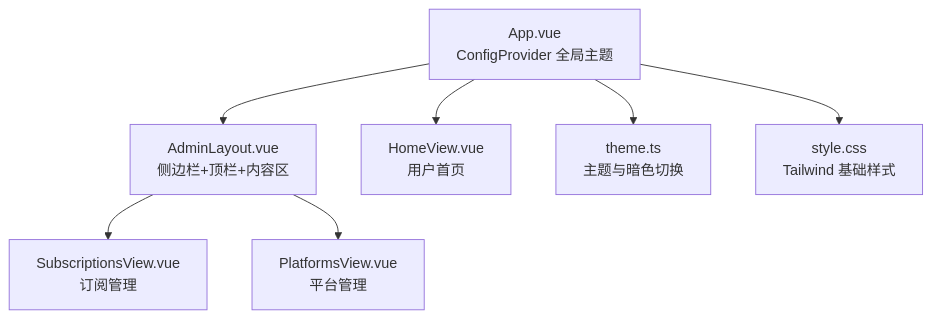
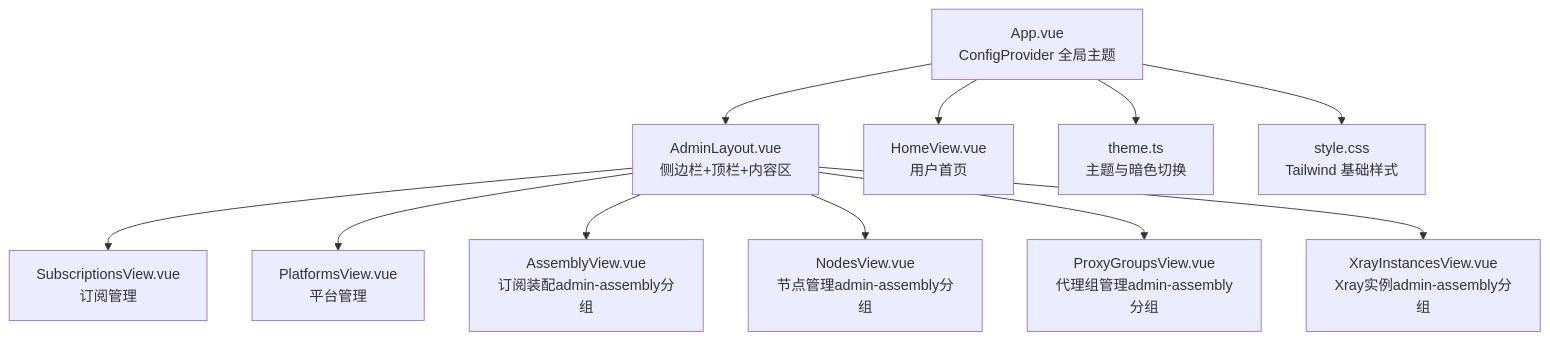
The first of 7 diagrams in .qoder/repowiki/zh/content/前端架构/Design2 UI设计规范.md (AlcaProphet/VPN-Subscription-Management), drawn with Mermaid before and after one commit. The commit also changed other lines of this file and 102 other files, not shown here.

````diff
--- a/.qoder/repowiki/zh/content/前端架构/Design2 UI设计规范.md
+++ b/.qoder/repowiki/zh/content/前端架构/Design2 UI设计规范.md
@@ -50,9 +56,13 @@
 ```mermaid
 graph TB
 A["App.vue<br/>ConfigProvider 全局主题"] --> B["AdminLayout.vue<br/>侧边栏+顶栏+内容区"]
 A --> C["HomeView.vue<br/>用户首页"]
 B --> D["SubscriptionsView.vue<br/>订阅管理"]
 B --> E["PlatformsView.vue<br/>平台管理"]
 A --> F["theme.ts<br/>主题与暗色切换"]
 A --> G["style.css<br/>Tailwind 基础样式"]
+B --> H["AssemblyView.vue<br/>订阅装配admin-assembly分组"]
+B --> I["NodesView.vue<br/>节点管理admin-assembly分组"]
+B --> J["ProxyGroupsView.vue<br/>代理组管理admin-assembly分组"]
+B --> K["XrayInstancesView.vue<br/>Xray实例admin-assembly分组"]
 ```
````
